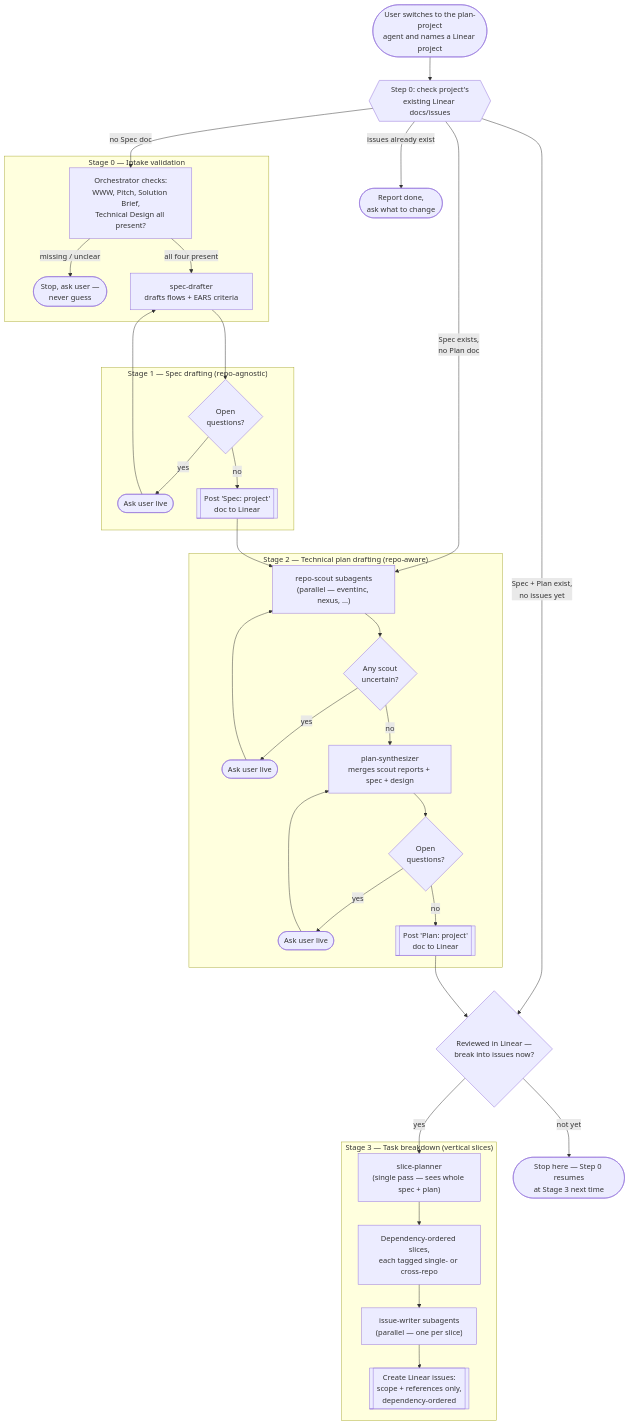
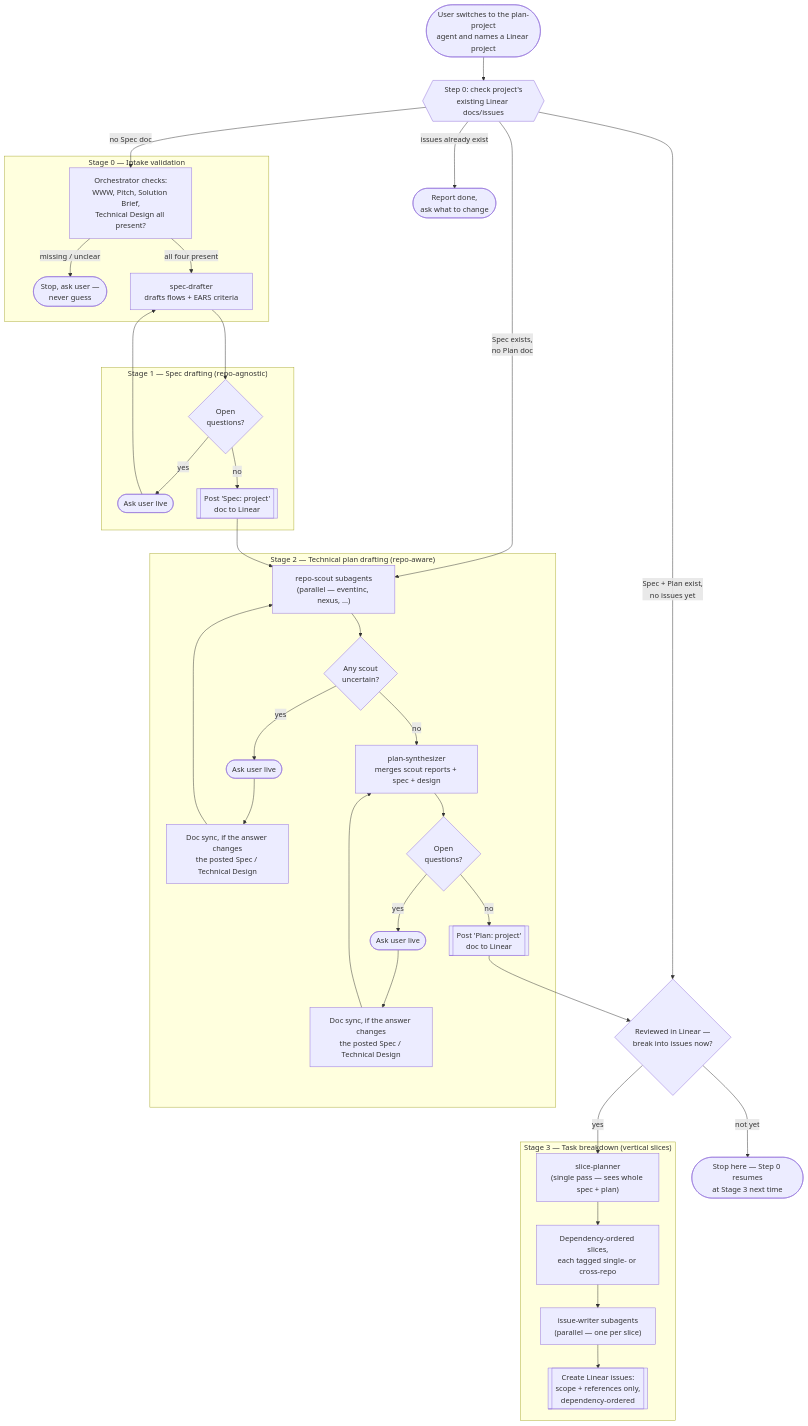
One commit to eventincgroup/pooya-workspace changed the second of 4 diagrams in .opencode/README.md. Above: the diagram before and after it, drawn with Mermaid. The commit also changed other lines of this file and 12 other files, not shown here.

````diff
--- a/.opencode/README.md
+++ b/.opencode/README.md
@@ -53,48 +56,50 @@
 ```mermaid
 flowchart TD
     Start(["User switches to the plan-project<br/>agent and names a Linear project"]) --> Step0{{"Step 0: check project's<br/>existing Linear docs/issues"}}
 
     Step0 -->|"no Spec doc"| DocsCheck
     Step0 -->|"Spec exists,<br/>no Plan doc"| Scouts
     Step0 -->|"Spec + Plan exist,<br/>no issues yet"| Gate1{"Reviewed in Linear —<br/>break into issues now?"}
     Step0 -->|"issues already exist"| Done(["Report done,<br/>ask what to change"])
 
     subgraph Stage0 ["Stage 0 — Intake validation"]
         DocsCheck["Orchestrator checks:<br/>WWW, Pitch, Solution Brief,<br/>Technical Design all present?"]
         DocsCheck -->|"missing / unclear"| AskDocs(["Stop, ask user —<br/>never guess"])
         DocsCheck -->|"all four present"| SD
     end
 
     subgraph Stage1 ["Stage 1 — Spec drafting (repo-agnostic)"]
         SD["spec-drafter<br/>drafts flows + EARS criteria"]
         SD --> Q1{"Open<br/>questions?"}
         Q1 -->|yes| AskLive1(["Ask user live"])
         AskLive1 --> SD
         Q1 -->|no| PostSpec[["Post 'Spec: project'<br/>doc to Linear"]]
     end
 
     PostSpec --> Scouts
 
     subgraph Stage2 ["Stage 2 — Technical plan drafting (repo-aware)"]
         Scouts["repo-scout subagents<br/>(parallel — eventinc, nexus, ...)"]
         Scouts --> Q2{"Any scout<br/>uncertain?"}
         Q2 -->|yes| AskLive2(["Ask user live"])
-        AskLive2 --> Scouts
+        AskLive2 --> Sync2["Doc sync, if the answer changes<br/>the posted Spec / Technical Design"]
+        Sync2 --> Scouts
         Q2 -->|no| PS["plan-synthesizer<br/>merges scout reports + spec + design"]
         PS --> Q3{"Open<br/>questions?"}
         Q3 -->|yes| AskLive3(["Ask user live"])
-        AskLive3 --> PS
+        AskLive3 --> Sync3["Doc sync, if the answer changes<br/>the posted Spec / Technical Design"]
+        Sync3 --> PS
         Q3 -->|no| PostPlan[["Post 'Plan: project'<br/>doc to Linear"]]
     end
 
     PostPlan --> Gate1
     Gate1 -->|"not yet"| StopHere(["Stop here — Step 0 resumes<br/>at Stage 3 next time"])
     Gate1 -->|yes| SP
 
     subgraph Stage3 ["Stage 3 — Task breakdown (vertical slices)"]
         SP["slice-planner<br/>(single pass — sees whole spec + plan)"]
         SP --> Slices["Dependency-ordered slices,<br/>each tagged single- or cross-repo"]
         Slices --> IW["issue-writer subagents<br/>(parallel — one per slice)"]
         IW --> CreateIssues[["Create Linear issues:<br/>scope + references only,<br/>dependency-ordered"]]
     end
 ```
````
